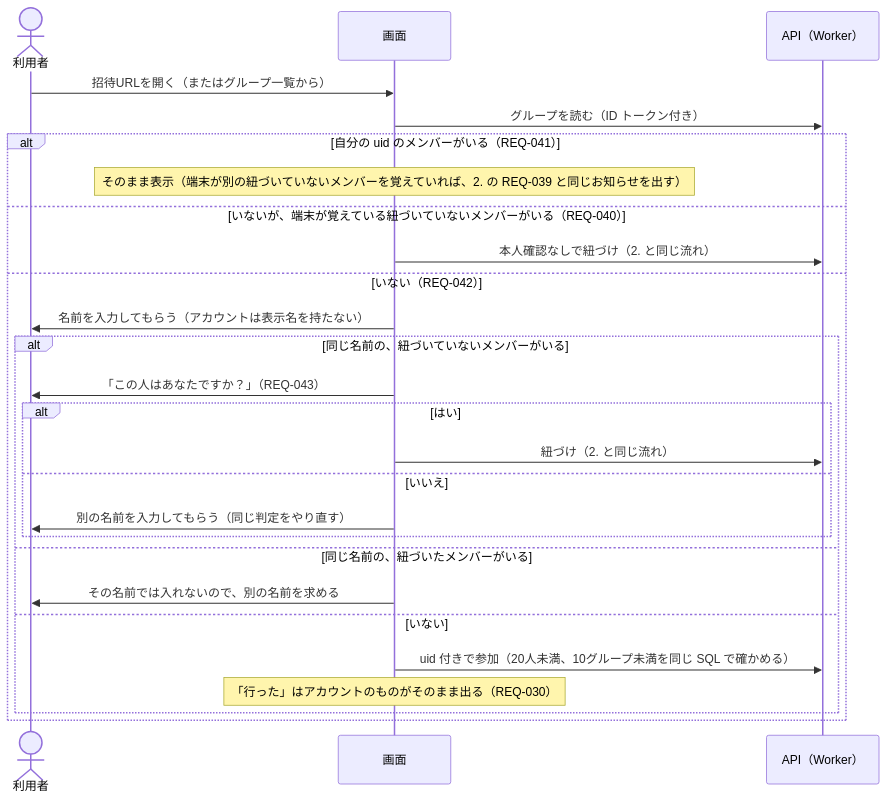
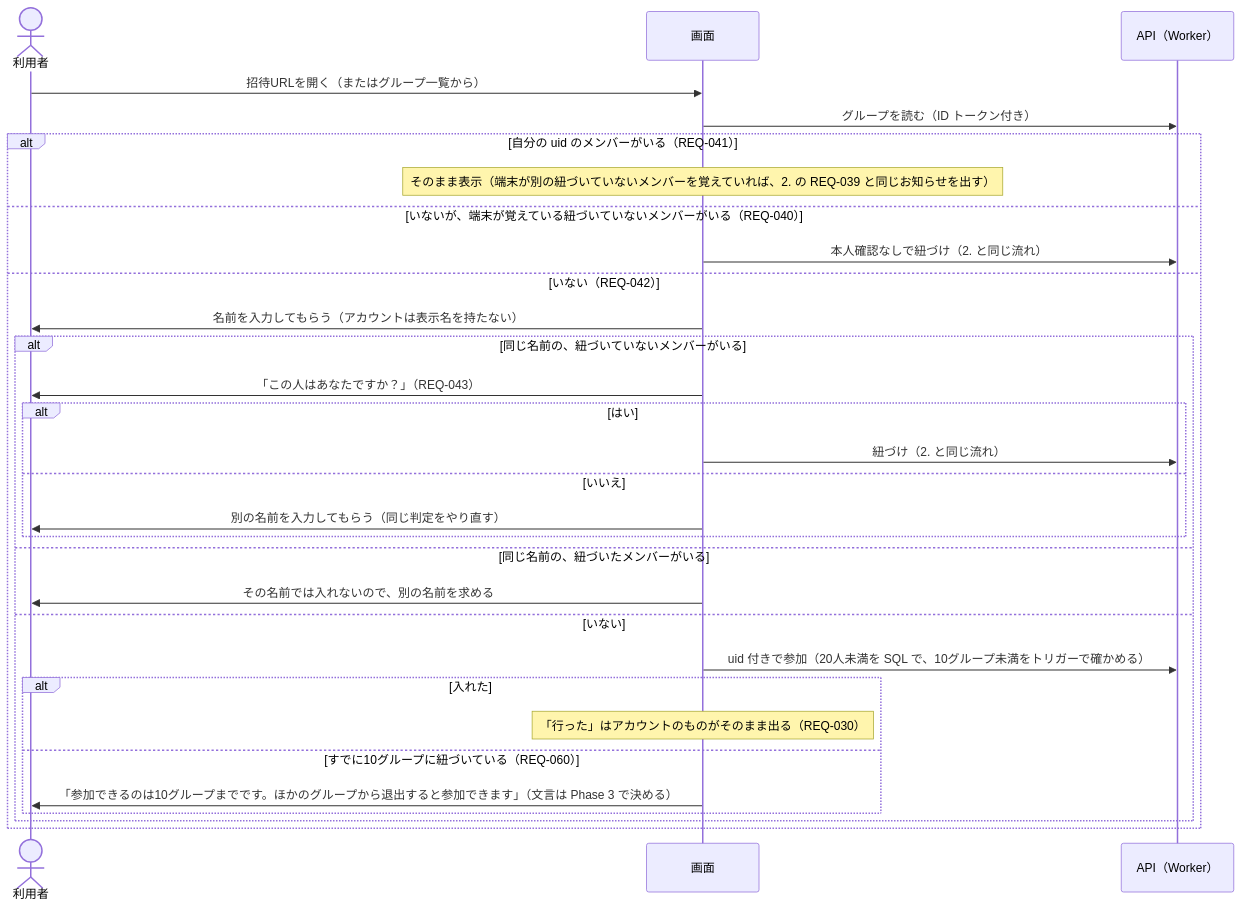
The third of 4 diagrams in docs/design/auth-flow.md (yuppy52/tabikaigi-map), drawn with Mermaid before and after one commit. The commit also changed other lines of this file and 9 other files, not shown here.

````diff
--- a/docs/design/auth-flow.md
+++ b/docs/design/auth-flow.md
@@ -113,29 +119,33 @@
 ```mermaid
 sequenceDiagram
   actor U as 利用者
   participant App as 画面
   participant API as API（Worker）
 
   U->>App: 招待URLを開く（またはグループ一覧から）
   App->>API: グループを読む（ID トークン付き）
   alt 自分の uid のメンバーがいる（REQ-041）
     Note over App: そのまま表示（端末が別の紐づいていないメンバーを覚えていれば、2. の REQ-039 と同じお知らせを出す）
   else いないが、端末が覚えている紐づいていないメンバーがいる（REQ-040）
     App->>API: 本人確認なしで紐づけ（2. と同じ流れ）
   else いない（REQ-042）
     App->>U: 名前を入力してもらう（アカウントは表示名を持たない）
     alt 同じ名前の、紐づいていないメンバーがいる
       App->>U: 「この人はあなたですか？」（REQ-043）
       alt はい
         App->>API: 紐づけ（2. と同じ流れ）
       else いいえ
         App->>U: 別の名前を入力してもらう（同じ判定をやり直す）
       end
     else 同じ名前の、紐づいたメンバーがいる
       App->>U: その名前では入れないので、別の名前を求める
     else いない
-      App->>API: uid 付きで参加（20人未満、10グループ未満を同じ SQL で確かめる）
-      Note over App: 「行った」はアカウントのものがそのまま出る（REQ-030）
+      App->>API: uid 付きで参加（20人未満を SQL で、10グループ未満をトリガーで確かめる）
+      alt 入れた
+        Note over App: 「行った」はアカウントのものがそのまま出る（REQ-030）
+      else すでに10グループに紐づいている（REQ-060）
+        App->>U: 「参加できるのは10グループまでです。ほかのグループから退出すると参加できます」（文言は Phase 3 で決める）
+      end
     end
   end
 ```
````
